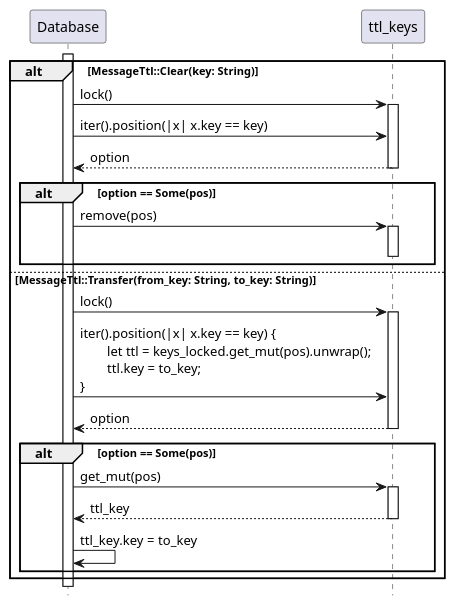
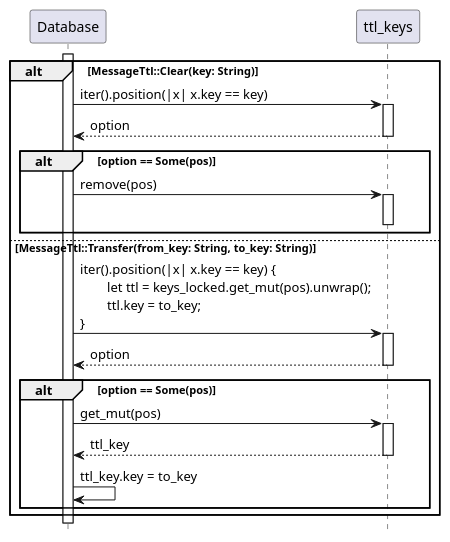
One commit to taller-1-fiuba-rust/21C1-OxidadosFC changed the diagram in src/Diagramas/clear_transfer_case.puml. Above: the diagram before and after it, drawn with PlantUML. The commit also changed 2 other files, not shown here.

Commit message:
diagrams updated

```diff
--- a/src/Diagramas/clear_transfer_case.puml
+++ b/src/Diagramas/clear_transfer_case.puml
@@ -1,25 +1,23 @@
 @startuml clear and transfer case
 hide footbox
 
 activate Database
 alt MessageTtl::Clear(key: String)
-    Database -> ttl_keys++: lock()
-    Database -> ttl_keys: iter().position(|x| x.key == key)
+    Database -> ttl_keys++: iter().position(|x| x.key == key)
     return option
     alt option == Some(pos)
         Database -> ttl_keys ++: remove(pos)
         deactivate ttl_keys
     end
 else MessageTtl::Transfer(from_key: String, to_key: String)
-    Database -> ttl_keys++: lock()
-    Database -> ttl_keys: iter().position(|x| x.key == key) {\n\tlet ttl = keys_locked.get_mut(pos).unwrap();\n\tttl.key = to_key;\n}
+    Database -> ttl_keys++: iter().position(|x| x.key == key) {\n\tlet ttl = keys_locked.get_mut(pos).unwrap();\n\tttl.key = to_key;\n}
     return option
     alt option == Some(pos)
         Database -> ttl_keys ++: get_mut(pos)
         return ttl_key
         Database -> Database: ttl_key.key = to_key
         deactivate ttl_keys
     end
 end
 
 @enduml
```
